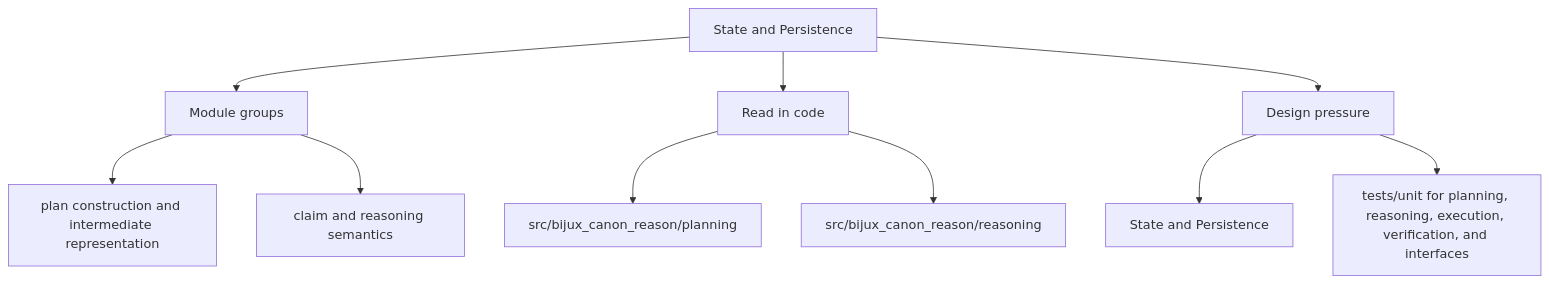
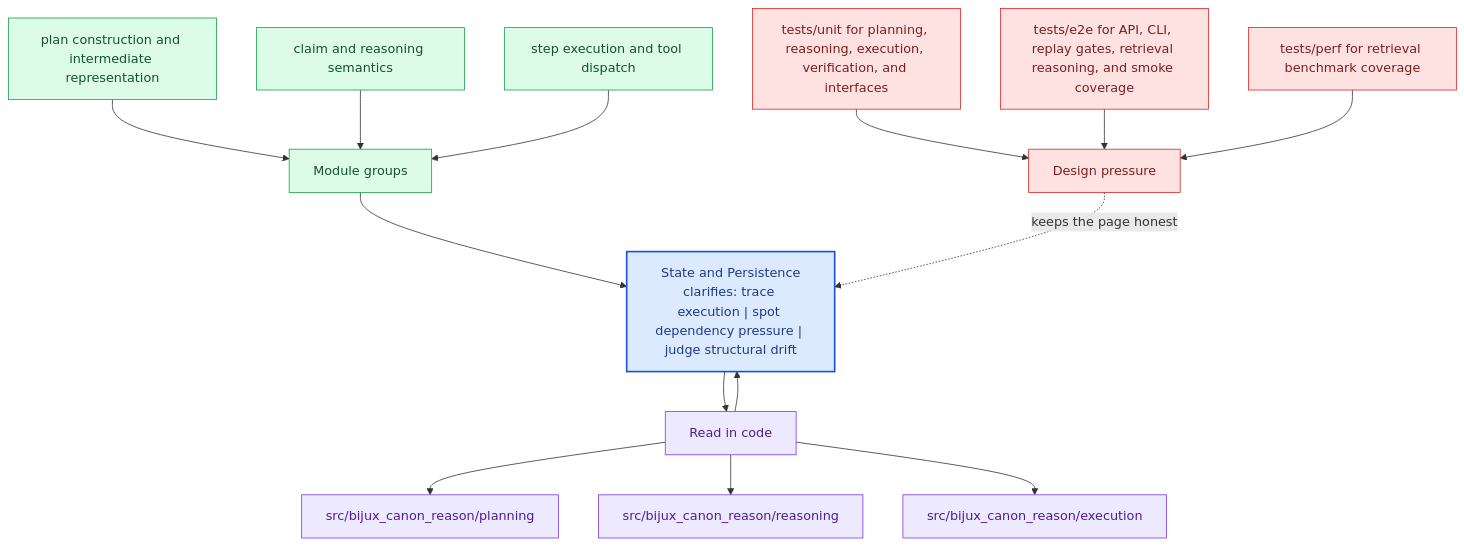
Before and after one commit to bijux/bijux-canon: the second of 2 diagrams in docs/bijux-canon-reason/architecture/state-and-persistence.md, drawn with Mermaid. The commit also changed other lines of this file and 281 other files, not shown here.

Commit message:
docs(diagrams): deepen handbook mermaid maps across the catalog

````diff
--- a/docs/bijux-canon-reason/architecture/state-and-persistence.md
+++ b/docs/bijux-canon-reason/architecture/state-and-persistence.md
@@ -35,22 +68,40 @@
 ```mermaid
-flowchart TD
-    page["State and Persistence"]
+flowchart TB
+    promise["State and Persistence<br/>clarifies: trace execution | spot dependency pressure | judge structural drift"]
+    classDef promise fill:#dbeafe,stroke:#1d4ed8,color:#1e3a8a,stroke-width:2px;
+    classDef driver fill:#dcfce7,stroke:#16a34a,color:#14532d;
+    classDef constraint fill:#fee2e2,stroke:#dc2626,color:#7f1d1d;
+    classDef ground fill:#ede9fe,stroke:#7c3aed,color:#4c1d95;
     focus1["Module groups"]
-    page --> focus1
+    focus1 --> promise
     focus1_1["plan construction and intermediate representation"]
-    focus1 --> focus1_1
+    focus1_1 --> focus1
     focus1_2["claim and reasoning semantics"]
-    focus1 --> focus1_2
+    focus1_2 --> focus1
+    focus1_3["step execution and tool dispatch"]
+    focus1_3 --> focus1
+    class focus1 driver;
+    class focus1_1,focus1_2,focus1_3 driver;
     focus2["Read in code"]
-    page --> focus2
+    focus2 --> promise
+    promise --> focus2
     focus2_1["src/bijux_canon_reason/planning"]
     focus2 --> focus2_1
     focus2_2["src/bijux_canon_reason/reasoning"]
     focus2 --> focus2_2
+    focus2_3["src/bijux_canon_reason/execution"]
+    focus2 --> focus2_3
+    class focus2 ground;
+    class focus2_1,focus2_2,focus2_3 ground;
     focus3["Design pressure"]
-    page --> focus3
-    focus3_1["State and Persistence"]
-    focus3 --> focus3_1
-    focus3_2["tests/unit for planning, reasoning, execution, verification, and interfaces"]
-    focus3 --> focus3_2
+    focus3 -.keeps the page honest.-> promise
+    focus3_1["tests/unit for planning, reasoning, execution, verification, and interfaces"]
+    focus3_1 --> focus3
+    focus3_2["tests/e2e for API, CLI, replay gates, retrieval reasoning, and smoke coverage"]
+    focus3_2 --> focus3
+    focus3_3["tests/perf for retrieval benchmark coverage"]
+    focus3_3 --> focus3
+    class focus3 constraint;
+    class focus3_1,focus3_2,focus3_3 constraint;
+    class promise promise;
 ```
````
